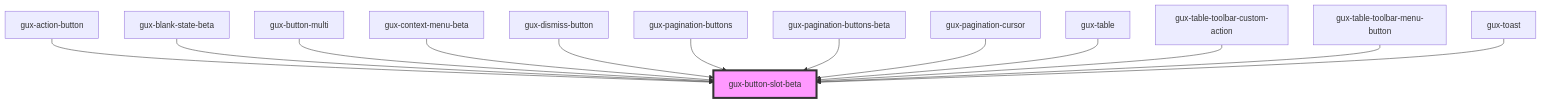
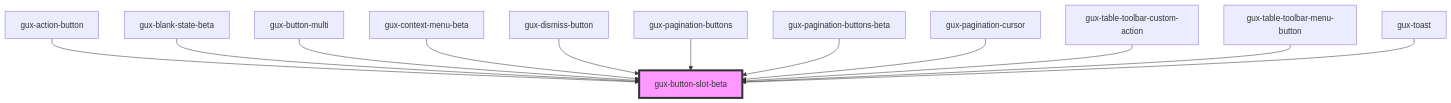
The diagram in packages/genesys-spark-components/src/components/beta/gux-button-slot/readme.md (MyPureCloud/genesys-spark), drawn with Mermaid before and after one commit. The commit also changed other lines of this file and 25 other files, not shown here.

````diff
--- a/packages/genesys-spark-components/src/components/beta/gux-button-slot/readme.md
+++ b/packages/genesys-spark-components/src/components/beta/gux-button-slot/readme.md
@@ -37,16 +36,15 @@
 ```mermaid
 graph TD;
   gux-action-button --> gux-button-slot-beta
   gux-blank-state-beta --> gux-button-slot-beta
   gux-button-multi --> gux-button-slot-beta
   gux-context-menu-beta --> gux-button-slot-beta
   gux-dismiss-button --> gux-button-slot-beta
   gux-pagination-buttons --> gux-button-slot-beta
   gux-pagination-buttons-beta --> gux-button-slot-beta
   gux-pagination-cursor --> gux-button-slot-beta
-  gux-table --> gux-button-slot-beta
   gux-table-toolbar-custom-action --> gux-button-slot-beta
   gux-table-toolbar-menu-button --> gux-button-slot-beta
   gux-toast --> gux-button-slot-beta
   style gux-button-slot-beta fill:#f9f,stroke:#333,stroke-width:4px
 ```
````
